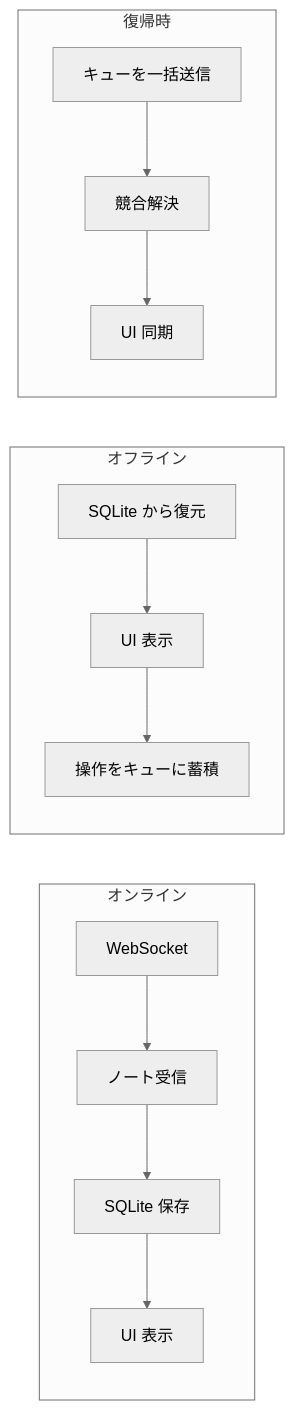
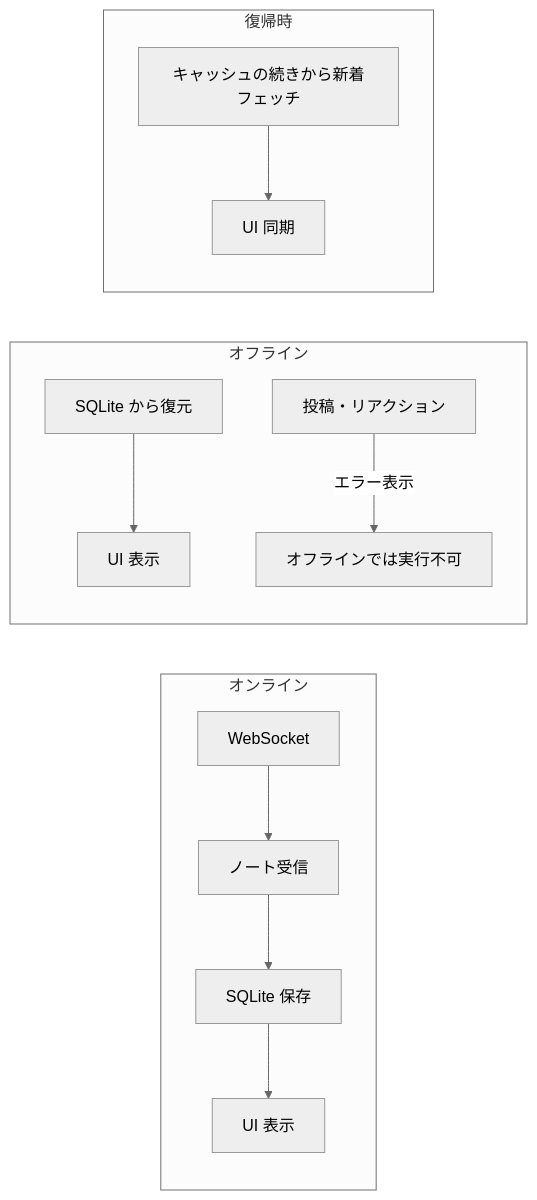
The sixth of 7 diagrams in ARCHITECTURE.md (hitalin/notedeck), drawn with Mermaid (neutral theme) before and after one commit. The commit also changed other lines of this file, not shown here.

````diff
--- a/ARCHITECTURE.md
+++ b/ARCHITECTURE.md
@@ -468,12 +468,13 @@
 ```mermaid
 graph LR
     subgraph Online["オンライン"]
         WS["WebSocket"] --> Recv["ノート受信"] --> Save["SQLite 保存"] --> Show1["UI 表示"]
     end
     subgraph Offline["オフライン"]
-        Restore["SQLite から復元"] --> Show2["UI 表示"] --> Queue["操作をキューに蓄積"]
+        Restore["SQLite から復元"] --> Show2["UI 表示"]
+        Write["投稿・リアクション"] -->|エラー表示| Block["オフラインでは実行不可"]
     end
     subgraph Reconnect["復帰時"]
-        Flush["キューを一括送信"] --> Resolve["競合解決"] --> Sync["UI 同期"]
+        Gap["キャッシュの続きから新着フェッチ"] --> Sync["UI 同期"]
     end
 ```
````
